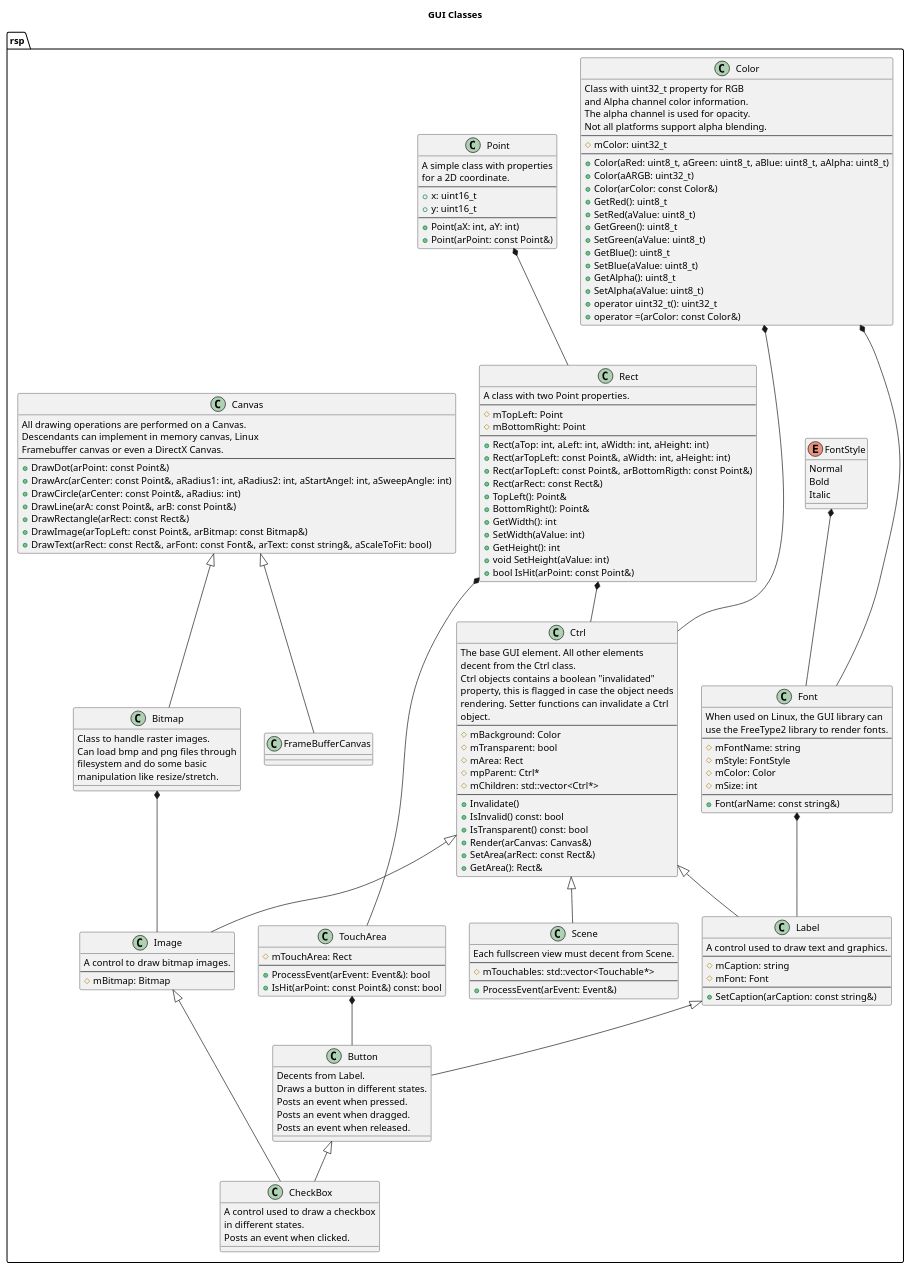
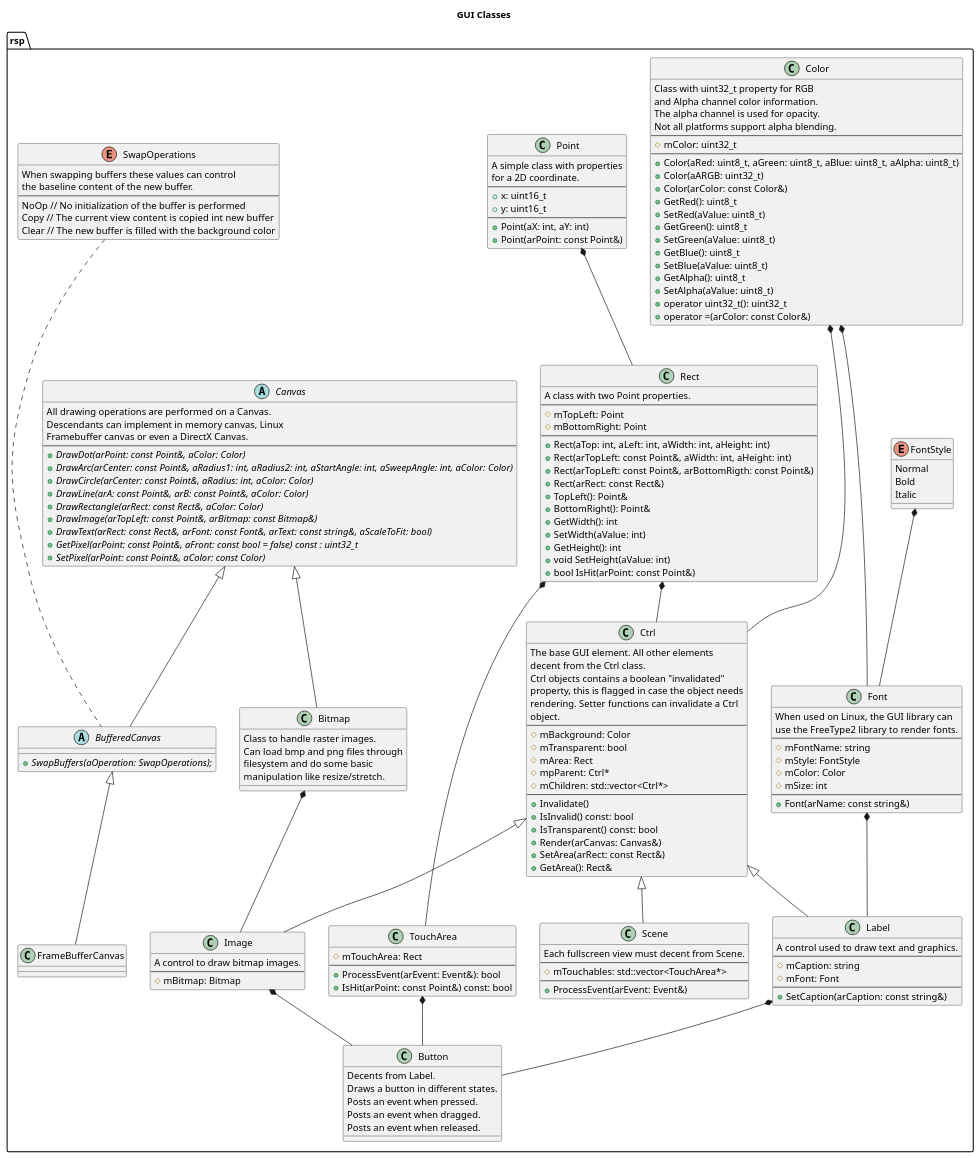
One commit to rsps/core-lib-sandbox changed the diagram in docs/uml/GUI Classes.puml. Above: the diagram before and after it, drawn with PlantUML. The commit also changed 17 other files, not shown here.

```diff
--- a/docs/uml/GUI Classes.puml
+++ b/docs/uml/GUI Classes.puml
@@ -84,24 +84,43 @@
     manipulation like resize/stretch.
 }
 
-class Canvas {
+enum SwapOperations
+{
+When swapping buffers these values can control
+the baseline content of the new buffer.
+--
+    NoOp // No initialization of the buffer is performed
+    Copy  // The current view content is copied int new buffer
+    Clear // The new buffer is filled with the background color
+}
+
+abstract Canvas {
     All drawing operations are performed on a Canvas.
     Descendants can implement in memory canvas, Linux
     Framebuffer canvas or even a DirectX Canvas.
 --
-    +DrawDot(arPoint: const Point&)
-    +DrawArc(arCenter: const Point&, aRadius1: int, aRadius2: int, aStartAngel: int, aSweepAngle: int)
-    +DrawCircle(arCenter: const Point&, aRadius: int)
-    +DrawLine(arA: const Point&, arB: const Point&)
-    +DrawRectangle(arRect: const Rect&)
-    +DrawImage(arTopLeft: const Point&, arBitmap: const Bitmap&)
-    +DrawText(arRect: const Rect&, arFont: const Font&, arText: const string&, aScaleToFit: bool)
+    +{abstract}DrawDot(arPoint: const Point&, aColor: Color)
+    +{abstract}DrawArc(arCenter: const Point&, aRadius1: int, aRadius2: int, aStartAngle: int, aSweepAngle: int, aColor: Color)
+    +{abstract}DrawCircle(arCenter: const Point&, aRadius: int, aColor: Color)
+    +{abstract}DrawLine(arA: const Point&, arB: const Point&, aColor: Color)
+    +{abstract}DrawRectangle(arRect: const Rect&, aColor: Color)
+    +{abstract}DrawImage(arTopLeft: const Point&, arBitmap: const Bitmap&)
+    +{abstract}DrawText(arRect: const Rect&, arFont: const Font&, arText: const string&, aScaleToFit: bool)
+    +{abstract}GetPixel(arPoint: const Point&, aFront: const bool = false) const : uint32_t
+    +{abstract}SetPixel(arPoint: const Point&, aColor: const Color)
 }
 Canvas <|-- Bitmap
 
+abstract BufferedCanvas {
+    +{abstract} SwapBuffers(aOperation: SwapOperations);
+}
+
+SwapOperations ... BufferedCanvas
+Canvas <|-- BufferedCanvas
+
 class FrameBufferCanvas {
 }
-Canvas <|-- FrameBufferCanvas
+BufferedCanvas <|-- FrameBufferCanvas
 
 class TouchArea {
     #mTouchArea: Rect
@@ -138,7 +157,7 @@
 class Scene {
     Each fullscreen view must decent from Scene.
 --
-    #mTouchables: std::vector<Touchable*>
+    #mTouchables: std::vector<TouchArea*>
 --
     +ProcessEvent(arEvent: Event&)
 }
@@ -170,16 +189,17 @@
     Posts an event when dragged.
     Posts an event when released.
 }
-Label <|-- Button
+Label *-- Button
 TouchArea *-- Button
+Image *-- Button
 
-class CheckBox {
-    A control used to draw a checkbox
-    in different states.
-    Posts an event when clicked.
-}
-Button <|-- CheckBox
-Image <|-- CheckBox
+'class CheckBox {
+'    A control used to draw a checkbox
+'    in different states.
+'    Posts an event when clicked.
+'}
+'Button <|-- CheckBox
+'Image <|-- CheckBox
 
 }
 
```
